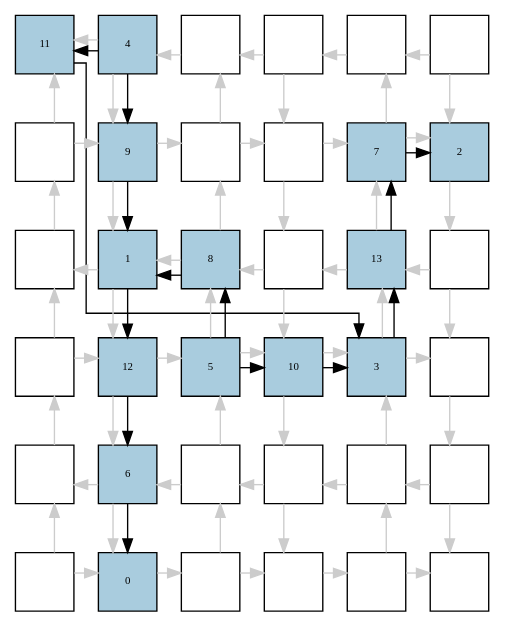
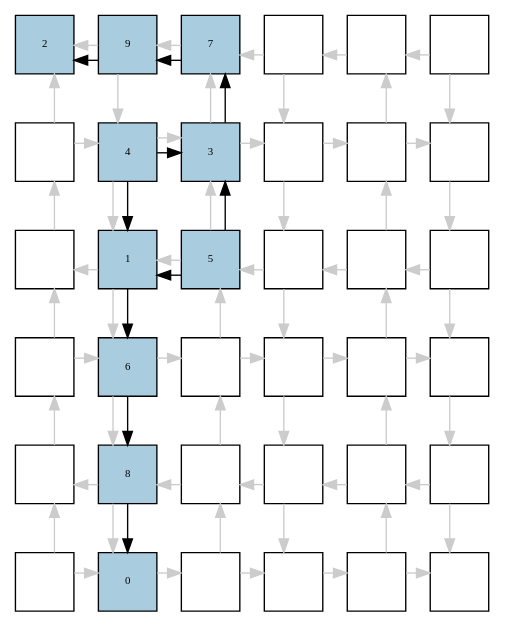
One commit to jeronimopenha/PeR changed the diagram in reports/qca/yoto_zz/dot/HA_inverted_4.dot. Above: the diagram before and after it, drawn with Graphviz. The commit also changed 558 other files, not shown here.

```diff
--- a/reports/qca/yoto_zz/dot/HA_inverted_4.dot
+++ b/reports/qca/yoto_zz/dot/HA_inverted_4.dot
@@ -1,131 +1,127 @@
 digraph layout{
 rankdir=TB; 
 
 splines=ortho; 
 
 node [style=filled shape=square fixedsize=true width=0.6];
-0[label="11", fontsize=8, fillcolor="#a9ccde"];
-1[label="4", fontsize=8, fillcolor="#a9ccde"];
-2[label="", fontsize=8, fillcolor="#ffffff"];
+0[label="2", fontsize=8, fillcolor="#a9ccde"];
+1[label="9", fontsize=8, fillcolor="#a9ccde"];
+2[label="7", fontsize=8, fillcolor="#a9ccde"];
 3[label="", fontsize=8, fillcolor="#ffffff"];
 4[label="", fontsize=8, fillcolor="#ffffff"];
 5[label="", fontsize=8, fillcolor="#ffffff"];
 6[label="", fontsize=8, fillcolor="#ffffff"];
-7[label="9", fontsize=8, fillcolor="#a9ccde"];
-8[label="", fontsize=8, fillcolor="#ffffff"];
+7[label="4", fontsize=8, fillcolor="#a9ccde"];
+8[label="3", fontsize=8, fillcolor="#a9ccde"];
 9[label="", fontsize=8, fillcolor="#ffffff"];
-10[label="7", fontsize=8, fillcolor="#a9ccde"];
-11[label="2", fontsize=8, fillcolor="#a9ccde"];
+10[label="", fontsize=8, fillcolor="#ffffff"];
+11[label="", fontsize=8, fillcolor="#ffffff"];
 12[label="", fontsize=8, fillcolor="#ffffff"];
 13[label="1", fontsize=8, fillcolor="#a9ccde"];
-14[label="8", fontsize=8, fillcolor="#a9ccde"];
+14[label="5", fontsize=8, fillcolor="#a9ccde"];
 15[label="", fontsize=8, fillcolor="#ffffff"];
-16[label="13", fontsize=8, fillcolor="#a9ccde"];
+16[label="", fontsize=8, fillcolor="#ffffff"];
 17[label="", fontsize=8, fillcolor="#ffffff"];
 18[label="", fontsize=8, fillcolor="#ffffff"];
-19[label="12", fontsize=8, fillcolor="#a9ccde"];
-20[label="5", fontsize=8, fillcolor="#a9ccde"];
-21[label="10", fontsize=8, fillcolor="#a9ccde"];
-22[label="3", fontsize=8, fillcolor="#a9ccde"];
+19[label="6", fontsize=8, fillcolor="#a9ccde"];
+20[label="", fontsize=8, fillcolor="#ffffff"];
+21[label="", fontsize=8, fillcolor="#ffffff"];
+22[label="", fontsize=8, fillcolor="#ffffff"];
 23[label="", fontsize=8, fillcolor="#ffffff"];
 24[label="", fontsize=8, fillcolor="#ffffff"];
-25[label="6", fontsize=8, fillcolor="#a9ccde"];
+25[label="8", fontsize=8, fillcolor="#a9ccde"];
 26[label="", fontsize=8, fillcolor="#ffffff"];
 27[label="", fontsize=8, fillcolor="#ffffff"];
 28[label="", fontsize=8, fillcolor="#ffffff"];
 29[label="", fontsize=8, fillcolor="#ffffff"];
 30[label="", fontsize=8, fillcolor="#ffffff"];
 31[label="0", fontsize=8, fillcolor="#a9ccde"];
 32[label="", fontsize=8, fillcolor="#ffffff"];
 33[label="", fontsize=8, fillcolor="#ffffff"];
 34[label="", fontsize=8, fillcolor="#ffffff"];
 35[label="", fontsize=8, fillcolor="#ffffff"];
 edge [constraint=false, style=vis];
 1 -> 0 [color="#cccccc"];
 1 -> 7 [color="#cccccc"];
 2 -> 1 [color="#cccccc"];
 3 -> 2 [color="#cccccc"];
 3 -> 9 [color="#cccccc"];
 4 -> 3 [color="#cccccc"];
 5 -> 4 [color="#cccccc"];
 5 -> 11 [color="#cccccc"];
 6 -> 7 [color="#cccccc"];
 6 -> 0 [color="#cccccc"];
 7 -> 13 [color="#cccccc"];
 7 -> 8 [color="#cccccc"];
 8 -> 9 [color="#cccccc"];
 8 -> 2 [color="#cccccc"];
 9 -> 15 [color="#cccccc"];
 9 -> 10 [color="#cccccc"];
 10 -> 11 [color="#cccccc"];
 10 -> 4 [color="#cccccc"];
 11 -> 17 [color="#cccccc"];
 12 -> 6 [color="#cccccc"];
 13 -> 12 [color="#cccccc"];
 13 -> 19 [color="#cccccc"];
 14 -> 8 [color="#cccccc"];
 14 -> 13 [color="#cccccc"];
 15 -> 14 [color="#cccccc"];
 15 -> 21 [color="#cccccc"];
 16 -> 10 [color="#cccccc"];
 16 -> 15 [color="#cccccc"];
 17 -> 16 [color="#cccccc"];
 17 -> 23 [color="#cccccc"];
 18 -> 19 [color="#cccccc"];
 18 -> 12 [color="#cccccc"];
 19 -> 25 [color="#cccccc"];
 19 -> 20 [color="#cccccc"];
 20 -> 21 [color="#cccccc"];
 20 -> 14 [color="#cccccc"];
 21 -> 27 [color="#cccccc"];
 21 -> 22 [color="#cccccc"];
 22 -> 23 [color="#cccccc"];
 22 -> 16 [color="#cccccc"];
 23 -> 29 [color="#cccccc"];
 24 -> 18 [color="#cccccc"];
 25 -> 24 [color="#cccccc"];
 25 -> 31 [color="#cccccc"];
 26 -> 20 [color="#cccccc"];
 26 -> 25 [color="#cccccc"];
 27 -> 26 [color="#cccccc"];
 27 -> 33 [color="#cccccc"];
 28 -> 22 [color="#cccccc"];
 28 -> 27 [color="#cccccc"];
 29 -> 28 [color="#cccccc"];
 29 -> 35 [color="#cccccc"];
 30 -> 31 [color="#cccccc"];
 30 -> 24 [color="#cccccc"];
 31 -> 32 [color="#cccccc"];
 32 -> 33 [color="#cccccc"];
 32 -> 26 [color="#cccccc"];
 33 -> 34 [color="#cccccc"];
 34 -> 35 [color="#cccccc"];
 34 -> 28 [color="#cccccc"];
 13 -> 19;
 19 -> 25;
 25 -> 31;
-22 -> 16;
-16 -> 10;
-10 -> 11;
-20 -> 14;
+8 -> 2;
+2 -> 1;
+1 -> 0;
 14 -> 13;
-1 -> 7;
 7 -> 13;
-20 -> 21;
-21 -> 22;
-1 -> 0;
-0 -> 22;
+14 -> 8;
+7 -> 8;
 edge [constraint=true, style=invis];
 0 -> 6 -> 12 -> 18 -> 24 -> 30;
 1 -> 7 -> 13 -> 19 -> 25 -> 31;
 2 -> 8 -> 14 -> 20 -> 26 -> 32;
 3 -> 9 -> 15 -> 21 -> 27 -> 33;
 4 -> 10 -> 16 -> 22 -> 28 -> 34;
 5 -> 11 -> 17 -> 23 -> 29 -> 35;
 rank = same { 0 -> 1 -> 2 -> 3 -> 4 -> 5;};
 rank = same { 6 -> 7 -> 8 -> 9 -> 10 -> 11;};
 rank = same { 12 -> 13 -> 14 -> 15 -> 16 -> 17;};
 rank = same { 18 -> 19 -> 20 -> 21 -> 22 -> 23;};
 rank = same { 24 -> 25 -> 26 -> 27 -> 28 -> 29;};
 rank = same { 30 -> 31 -> 32 -> 33 -> 34 -> 35;};
 }
```
